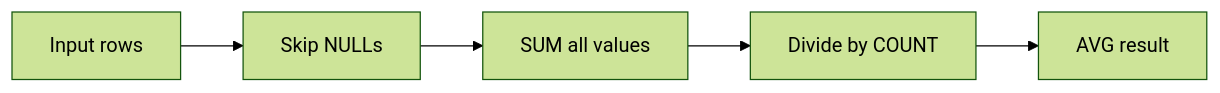
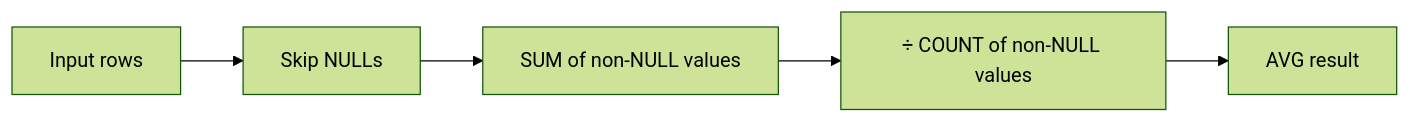
Before and after one commit to mahfooziiitian/spark-batch: the diagram in spark-sql/docs/aggregation/simple/avg/spark_avg.md, drawn with Mermaid (forest theme). The commit also changed other lines of this file and 312 other files, not shown here.

````diff
--- a/spark-sql/docs/aggregation/simple/avg/spark_avg.md
+++ b/spark-sql/docs/aggregation/simple/avg/spark_avg.md
@@ -7,7 +7,7 @@
 ```mermaid
 graph LR
     A[Input rows] --> B[Skip NULLs]
-    B --> C[SUM all values]
-    C --> D[Divide by COUNT]
+    B --> C["SUM of non-NULL values"]
+    C --> D["÷ COUNT of non-NULL values"]
     D --> E[AVG result]
 ```
````
